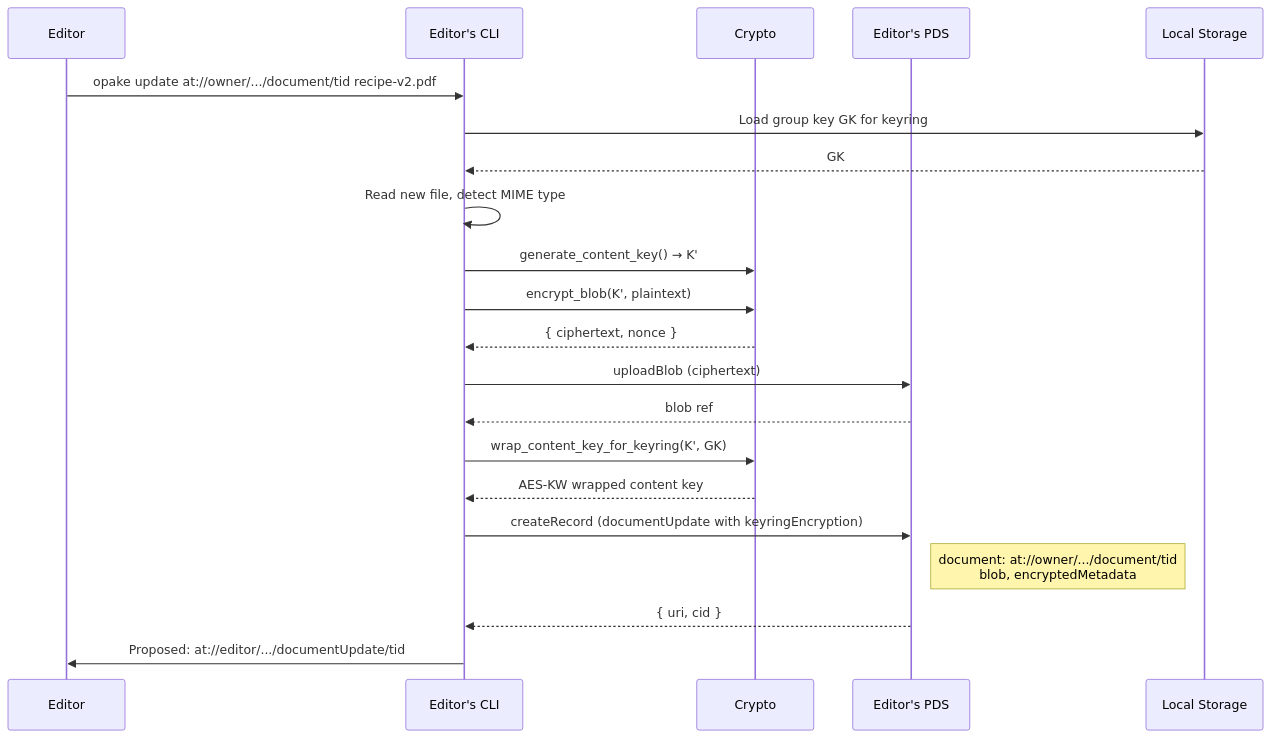
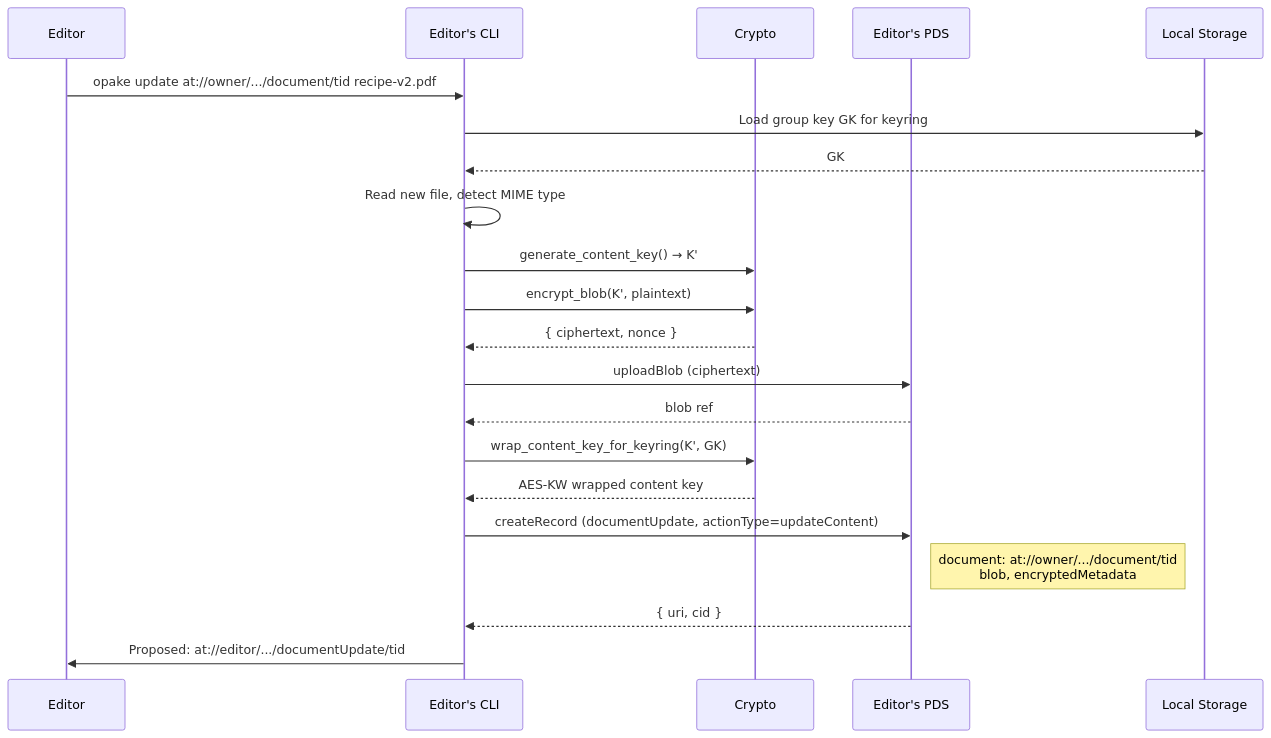
The first of 3 diagrams in docs/flows/revisions.md (Sans-Self/Opake), drawn with Mermaid before and after one commit. The commit also changed other lines of this file and 10 other files, not shown here.

````diff
--- a/docs/flows/revisions.md
+++ b/docs/flows/revisions.md
@@ -9,30 +20,30 @@
 ```mermaid
 sequenceDiagram
     participant Editor
     participant CLI as Editor's CLI
     participant Crypto
     participant EditorPDS as Editor's PDS
     participant Disk as Local Storage
 
     Editor->>CLI: opake update at://owner/.../document/tid recipe-v2.pdf
 
     CLI->>Disk: Load group key GK for keyring
     Disk-->>CLI: GK
 
     CLI->>CLI: Read new file, detect MIME type
     CLI->>Crypto: generate_content_key() → K'
     CLI->>Crypto: encrypt_blob(K', plaintext)
     Crypto-->>CLI: { ciphertext, nonce }
 
     CLI->>EditorPDS: uploadBlob (ciphertext)
     EditorPDS-->>CLI: blob ref
 
     CLI->>Crypto: wrap_content_key_for_keyring(K', GK)
     Crypto-->>CLI: AES-KW wrapped content key
 
-    CLI->>EditorPDS: createRecord (documentUpdate with keyringEncryption)
+    CLI->>EditorPDS: createRecord (documentUpdate, actionType=updateContent)
     Note right of EditorPDS: document: at://owner/.../document/tid<br/>blob, encryptedMetadata
     EditorPDS-->>CLI: { uri, cid }
 
     CLI->>Editor: Proposed: at://editor/.../documentUpdate/tid
 ```
````
